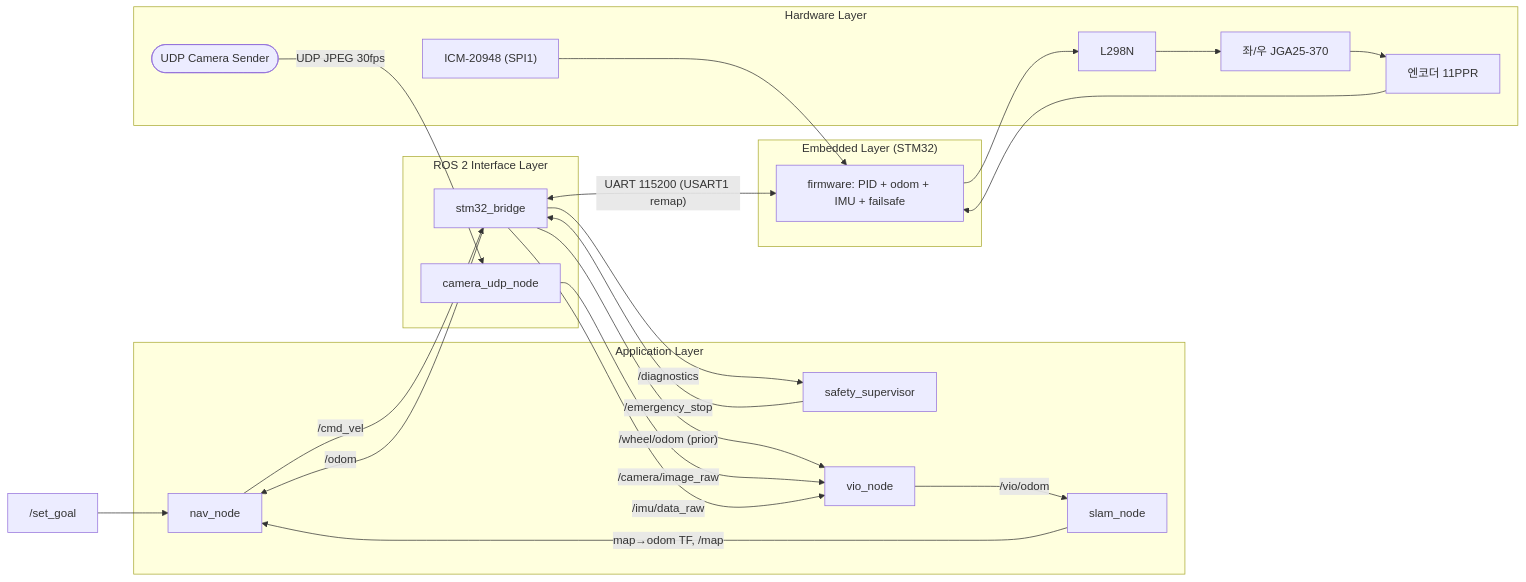
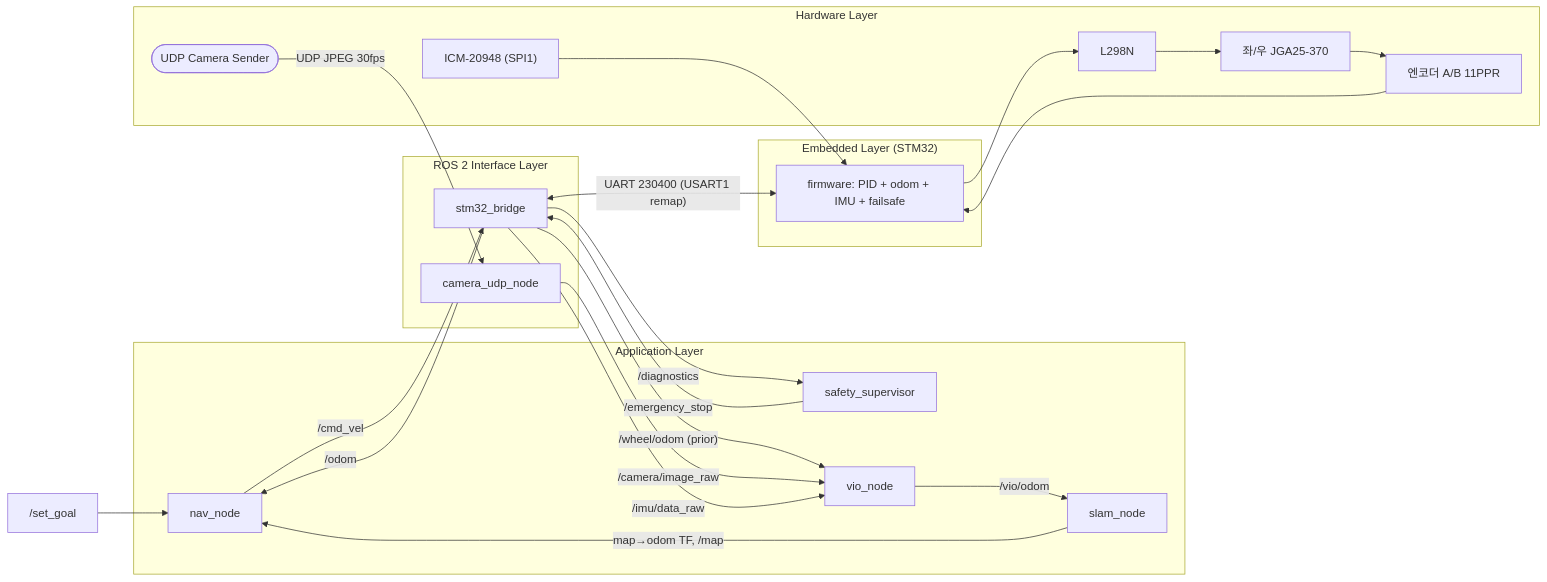
One commit to 10-min/mono_imu_autonomous_robot changed the diagram in docs/SYSTEM_DESIGN.md. Above: the diagram before and after it, drawn with Mermaid. The commit also changed other lines of this file and 6 other files, not shown here.

````diff
--- a/docs/SYSTEM_DESIGN.md
+++ b/docs/SYSTEM_DESIGN.md
@@ -48,43 +48,43 @@
 ```mermaid
 flowchart LR
     GOAL["/set_goal"] --> NAV
     NAV["nav_node"] -->|"/cmd_vel"| BR
     SAFE["safety_supervisor"] -->|"/emergency_stop"| BR
     BR -->|"/diagnostics"| SAFE
     BR -->|"/wheel/odom (prior)"| VIO
     BR -->|"/odom"| NAV
     CAMUDP["camera_udp_node"] -->|"/camera/image_raw"| VIO
     BR -->|"/imu/data_raw"| VIO
     VIO -->|"/vio/odom"| SLAM
     SLAM -->|"map→odom TF, /map"| NAV
 
     subgraph APP["Application Layer"]
         NAV
         VIO["vio_node"]
         SLAM["slam_node"]
         SAFE
     end
 
     subgraph ROSIF["ROS 2 Interface Layer"]
         BR["stm32_bridge"]
         CAMUDP
     end
 
     subgraph EMB["Embedded Layer (STM32)"]
         FW["firmware: PID + odom + IMU + failsafe"]
     end
 
     subgraph HW["Hardware Layer"]
         CAMS(["UDP Camera Sender"])
         IMUHW["ICM-20948 (SPI1)"]
-        ENC["엔코더 11PPR"]
+        ENC["엔코더 A/B 11PPR"]
         DRV["L298N"]
         MOT["좌/우 JGA25-370"]
     end
 
-    BR <-->|"UART 115200 (USART1 remap)"| FW
+    BR <-->|"UART 230400 (USART1 remap)"| FW
     CAMS -->|"UDP JPEG 30fps"| CAMUDP
     IMUHW --> FW
     ENC --> FW
     FW --> DRV --> MOT --> ENC
 ```
````
